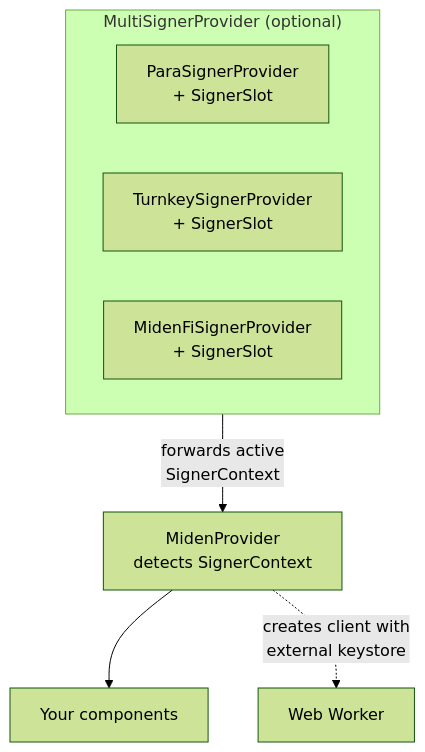
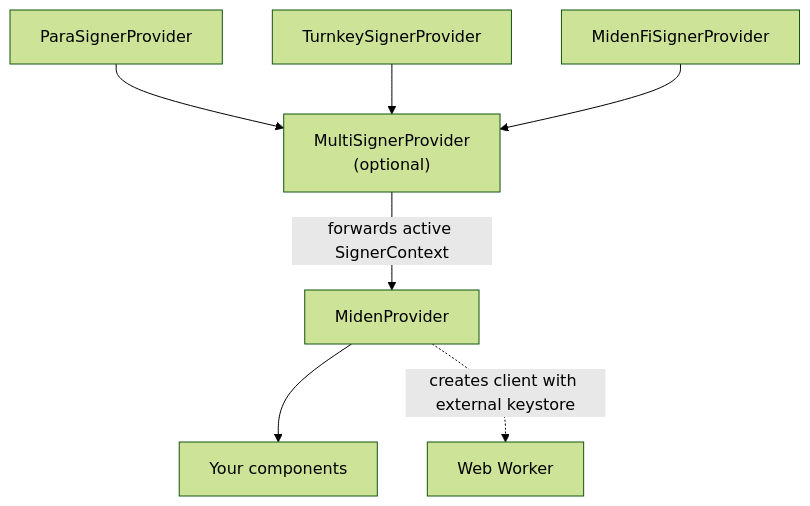
The fifth of 5 diagrams in docs/external/src/react-client/design.md (0xMiden/miden-client), drawn with Mermaid (forest theme) before and after one commit. The commit also changed other lines of this file, not shown here.

Commit message:
docs: redesign Zustand store and signer diagrams for readability

````diff
--- a/docs/external/src/react-client/design.md
+++ b/docs/external/src/react-client/design.md
@@ -131,12 +149,10 @@
 ```mermaid
 flowchart TB
-    subgraph Multi["MultiSignerProvider (optional)"]
-        Para["ParaSignerProvider<br/>+ SignerSlot"]
-        Turnkey["TurnkeySignerProvider<br/>+ SignerSlot"]
-        MidenFi["MidenFiSignerProvider<br/>+ SignerSlot"]
-    end
+    Para["ParaSignerProvider"] --> Multi["MultiSignerProvider<br/>(optional)"]
+    Turnkey["TurnkeySignerProvider"] --> Multi
+    MidenFi["MidenFiSignerProvider"] --> Multi
 
-    Multi -->|"forwards active<br/>SignerContext"| MP["MidenProvider<br/>detects SignerContext"]
+    Multi -->|"forwards active SignerContext"| MP["MidenProvider"]
     MP --> App["Your components"]
-    MP -.->|"creates client with<br/>external keystore"| WASM["Web Worker"]
+    MP -.->|"creates client with external keystore"| WASM["Web Worker"]
 ```
````
